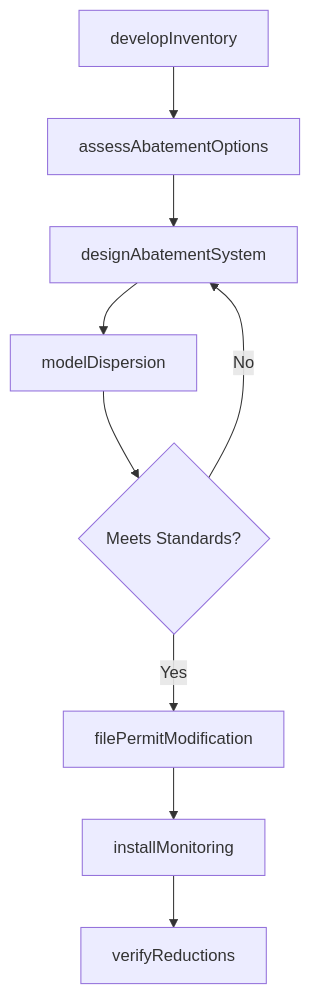
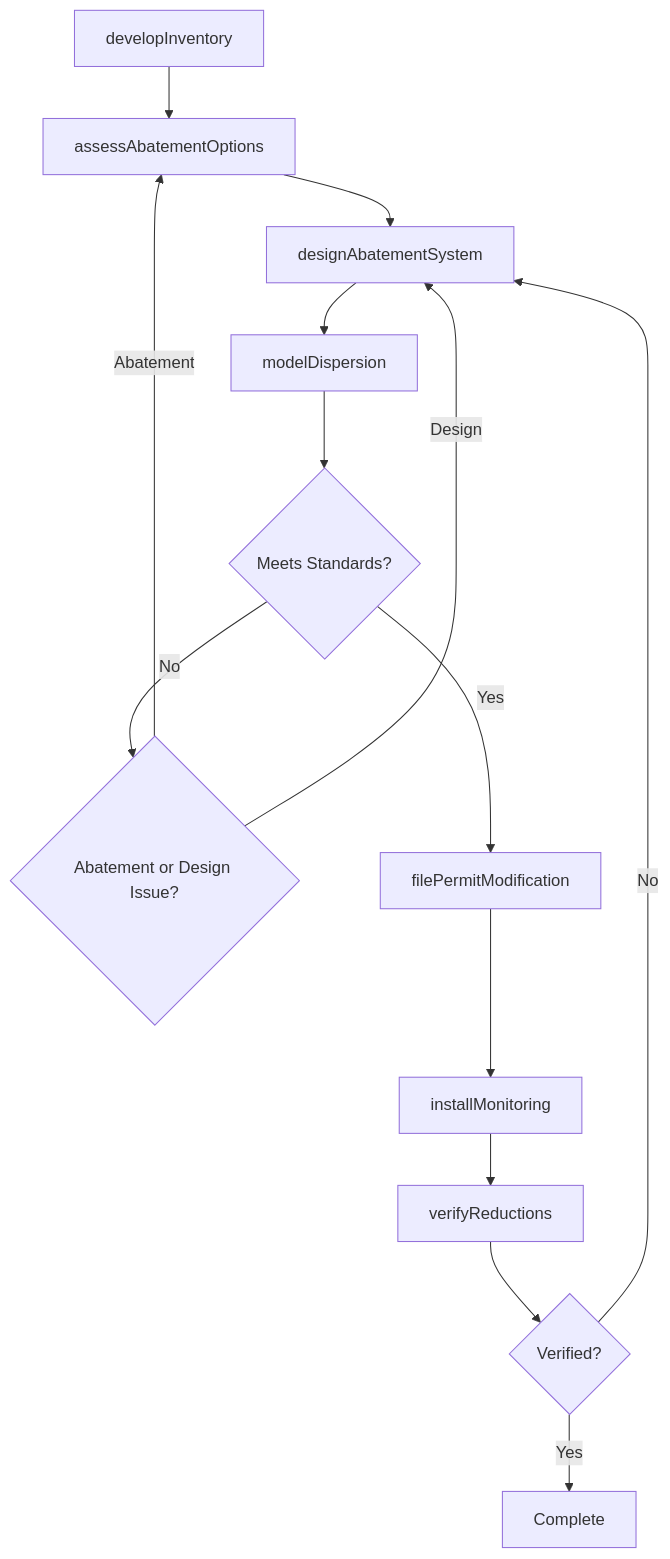
Before and after one commit to dot-org-ai/tasks.org.ai: the third of 4 diagrams in ThinkingCreatively/DevelopSystemsOrPracticesToMitigateOrResolveEnvironmentalProblems/DesignSystemsReduceHarmfulEmissions.mdx, drawn with Mermaid. The commit also changed other lines of this file and 266 other files, not shown here.

First line of the commit message:
feat: Add ER diagrams, state diagrams to wave 2 batch (251 DWA files)

````diff
--- a/ThinkingCreatively/DevelopSystemsOrPracticesToMitigateOrResolveEnvironmentalProblems/DesignSystemsReduceHarmfulEmissions.mdx
+++ b/ThinkingCreatively/DevelopSystemsOrPracticesToMitigateOrResolveEnvironmentalProblems/DesignSystemsReduceHarmfulEmissions.mdx
@@ -87,11 +114,16 @@
 ```mermaid
 graph TD
     A[developInventory] --> B[assessAbatementOptions]
     B --> C[designAbatementSystem]
     C --> D[modelDispersion]
     D --> E{Meets Standards?}
-    E -->|No| C
-    E -->|Yes| F[filePermitModification]
-    F --> G[installMonitoring]
-    G --> H[verifyReductions]
+    E -->|No| F{Abatement or Design Issue?}
+    F -->|Abatement| B
+    F -->|Design| C
+    E -->|Yes| G[filePermitModification]
+    G --> H[installMonitoring]
+    H --> I[verifyReductions]
+    I --> J{Verified?}
+    J -->|No| C
+    J -->|Yes| K[Complete]
 ```
````
